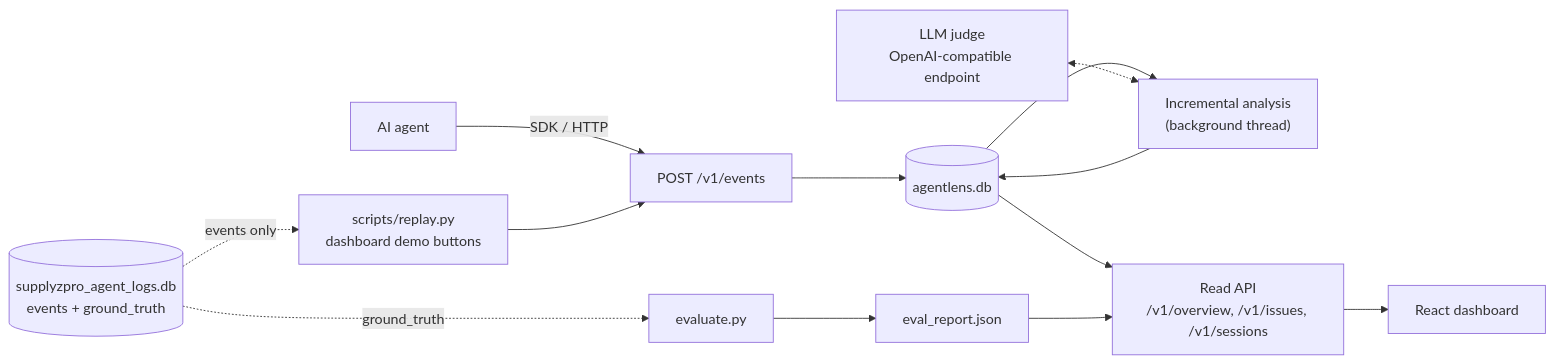
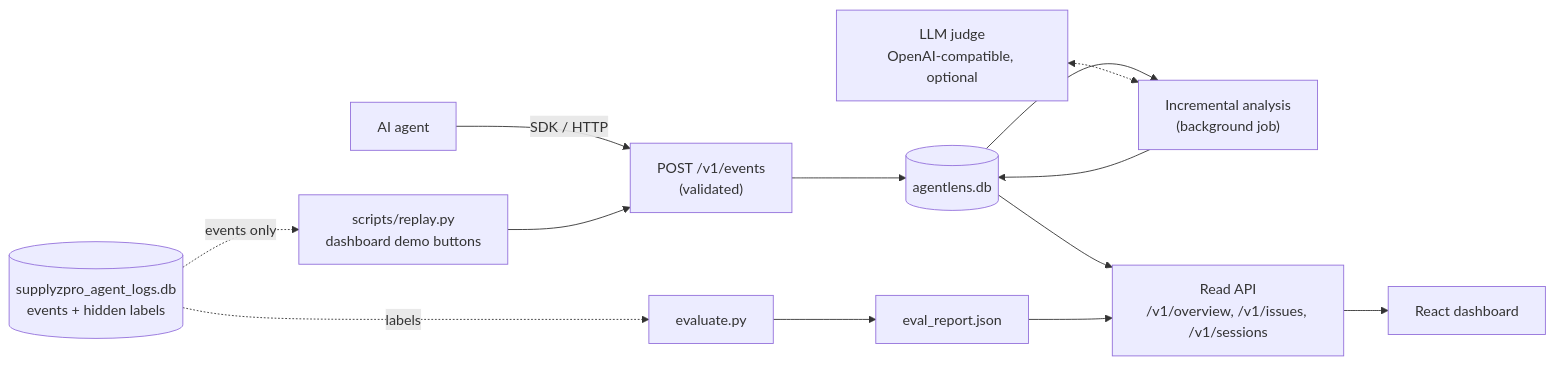
One commit to sedky02/GoMyCode-Hackathon-Agent-Lens changed the diagram in README.md. Above: the diagram before and after it, drawn with Mermaid. The commit also changed other lines of this file and 4 other files, not shown here.

````diff
--- a/README.md
+++ b/README.md
@@ -155,13 +65,13 @@
 ```mermaid
 flowchart LR
-    agent["AI agent"] -- "SDK / HTTP" --> ingest["POST /v1/events"]
+    agent["AI agent"] -- "SDK / HTTP" --> ingest["POST /v1/events<br/>(validated)"]
     replay["scripts/replay.py<br/>dashboard demo buttons"] --> ingest
     ingest --> db[("agentlens.db")]
-    db --> run["Incremental analysis<br/>(background thread)"]
+    db --> run["Incremental analysis<br/>(background job)"]
     run --> db
-    judge["LLM judge<br/>OpenAI-compatible endpoint"] <-.-> run
+    judge["LLM judge<br/>OpenAI-compatible, optional"] <-.-> run
     db --> read["Read API<br/>/v1/overview, /v1/issues, /v1/sessions"]
     read --> ui["React dashboard"]
-    gt[("supplyzpro_agent_logs.db<br/>events + ground_truth")] -. "events only" .-> replay
-    gt -. "ground_truth" .-> eval["evaluate.py"] --> report["eval_report.json"] --> read
+    gt[("supplyzpro_agent_logs.db<br/>events + hidden labels")] -. "events only" .-> replay
+    gt -. "labels" .-> eval["evaluate.py"] --> report["eval_report.json"] --> read
 ```
````
